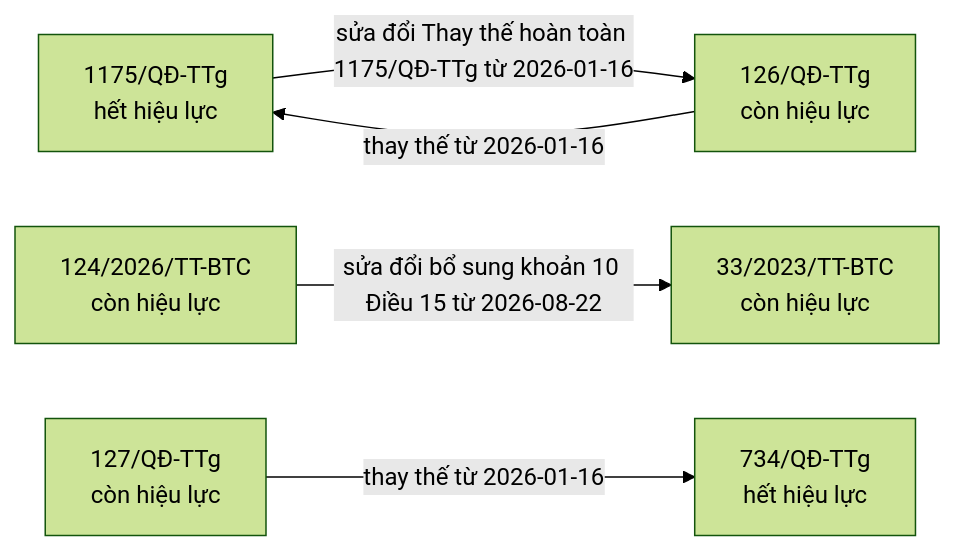
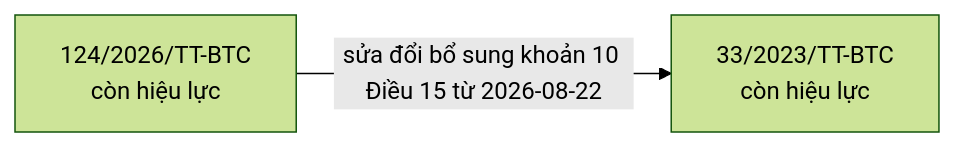
The eighth of 8 diagrams in bao-cao/quan-he.md (ozvietnam/oz-wiki-plhq), drawn with Mermaid (forest theme) before and after one commit. The commit also changed other lines of this file and 4 other files, not shown here.

````diff
--- a/bao-cao/quan-he.md
+++ b/bao-cao/quan-he.md
@@ -326,13 +341,6 @@
 ```mermaid
 flowchart LR
-  n_1175_Q__TTg["1175/QĐ-TTg<br/>hết hiệu lực"]
-  n_126_Q__TTg["126/QĐ-TTg<br/>còn hiệu lực"]
   n_124_2026_TT_BTC["124/2026/TT-BTC<br/>còn hiệu lực"]
   n_33_2023_TT_BTC["33/2023/TT-BTC<br/>còn hiệu lực"]
-  n_127_Q__TTg["127/QĐ-TTg<br/>còn hiệu lực"]
-  n_734_Q__TTg["734/QĐ-TTg<br/>hết hiệu lực"]
-  n_1175_Q__TTg -->|sửa đổi Thay thế hoàn toàn 1175/QĐ-TTg từ 2026-01-16| n_126_Q__TTg
   n_124_2026_TT_BTC -->|sửa đổi bổ sung khoản 10 Điều 15 từ 2026-08-22| n_33_2023_TT_BTC
-  n_126_Q__TTg -->|thay thế từ 2026-01-16| n_1175_Q__TTg
-  n_127_Q__TTg -->|thay thế từ 2026-01-16| n_734_Q__TTg
 ```
````
